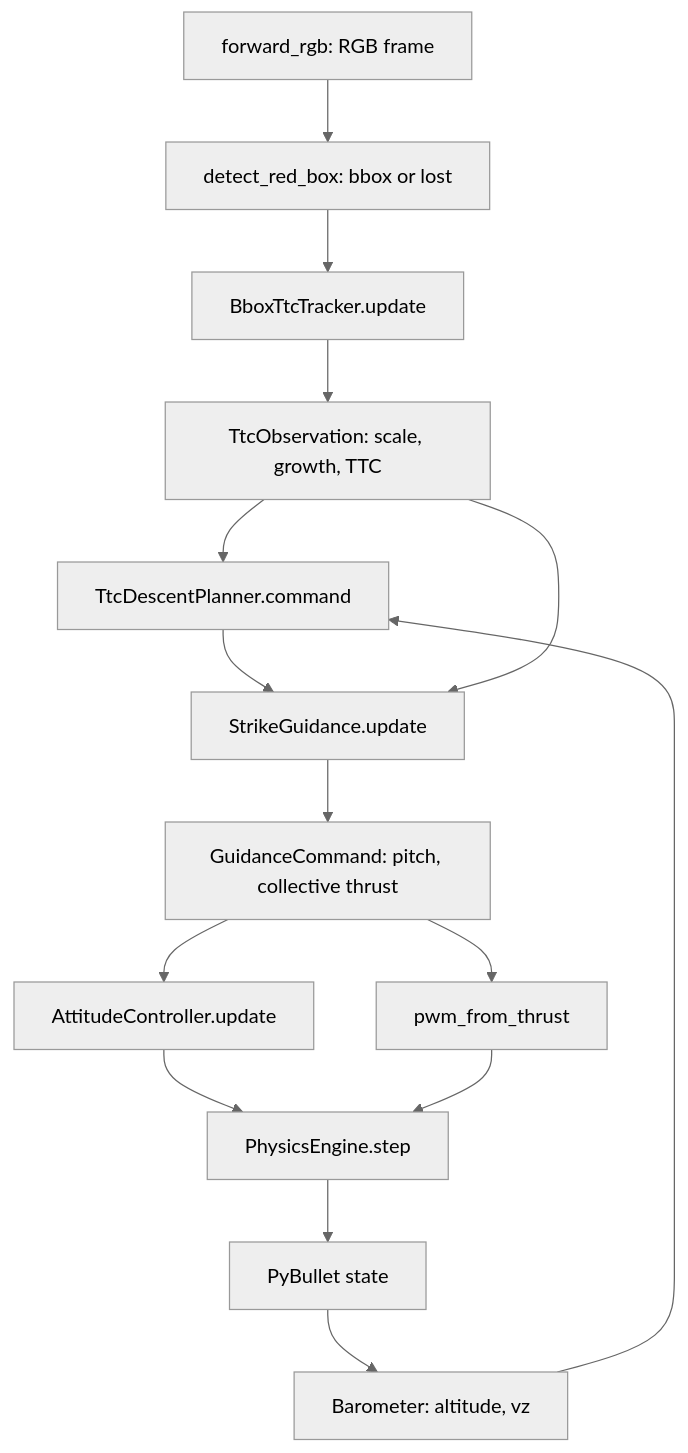
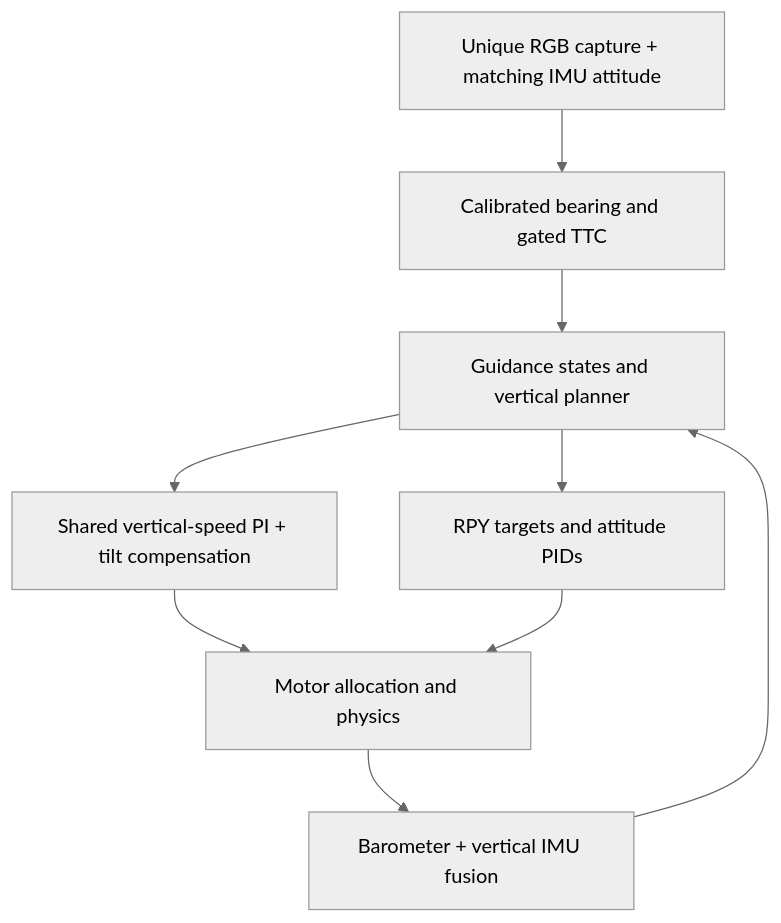
Before and after one commit to amire2000/fly_smart: the third of 5 diagrams in docs/README.md, drawn with Mermaid (neutral theme). The commit also changed other lines of this file and 43 other files, not shown here.

````diff
--- a/docs/README.md
+++ b/docs/README.md
@@ -335,17 +325,11 @@
 ```mermaid
 flowchart TD
-    camera[forward_rgb: RGB frame] --> detect[detect_red_box: bbox or lost]
-    detect --> ttc[BboxTtcTracker.update]
-    ttc --> observation[TtcObservation: scale, growth, TTC]
-    observation --> planner[TtcDescentPlanner.command]
-    physics[PyBullet state] --> barometer[Barometer: altitude, vz]
-    barometer --> planner
-    planner --> guidance[StrikeGuidance.update]
-    observation --> guidance
-    guidance --> command[GuidanceCommand: pitch, collective thrust]
-    command --> attitude[AttitudeController.update]
-    command --> pwm[pwm_from_thrust]
-    attitude --> step[PhysicsEngine.step]
-    pwm --> step
-    step --> physics
+    camera[Unique RGB capture + matching IMU attitude] --> vision[Calibrated bearing and gated TTC]
+    vertical[Barometer + vertical IMU fusion] --> guidance[Guidance states and vertical planner]
+    vision --> guidance
+    guidance --> pi[Shared vertical-speed PI + tilt compensation]
+    guidance --> attitude[RPY targets and attitude PIDs]
+    pi --> mixer[Motor allocation and physics]
+    attitude --> mixer
+    mixer --> vertical
 ```
````
